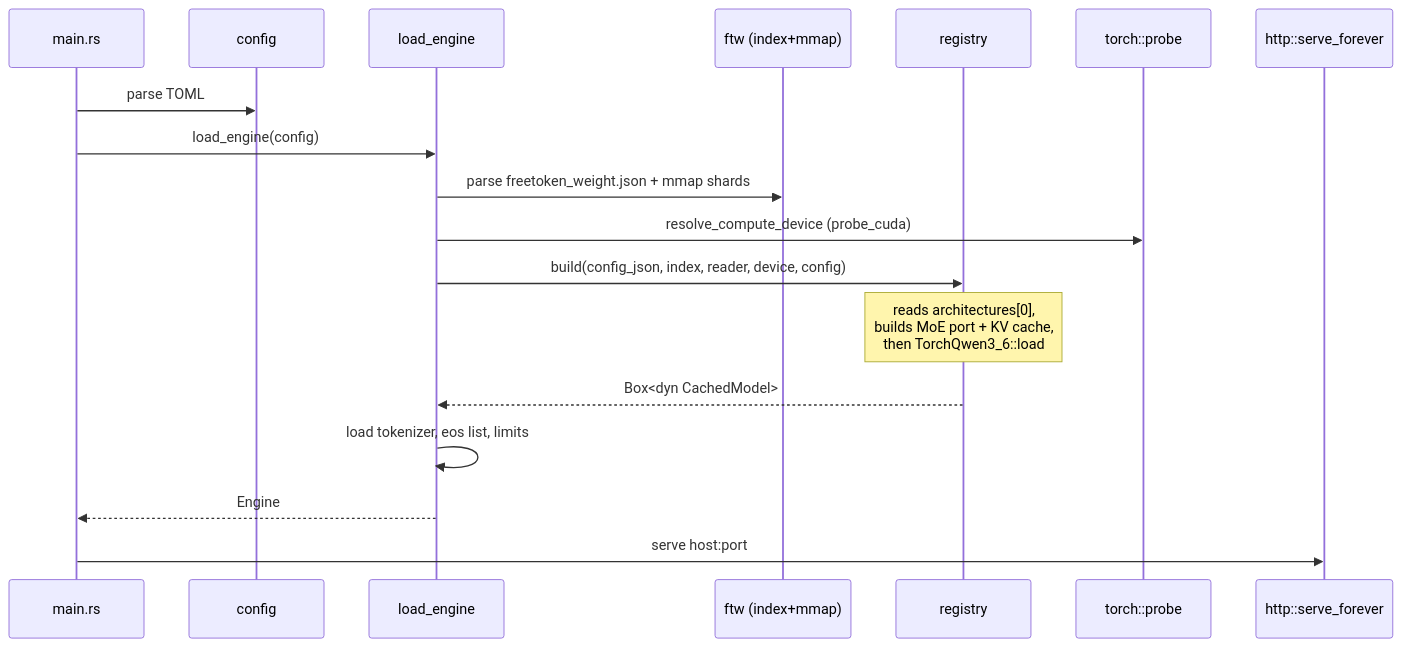
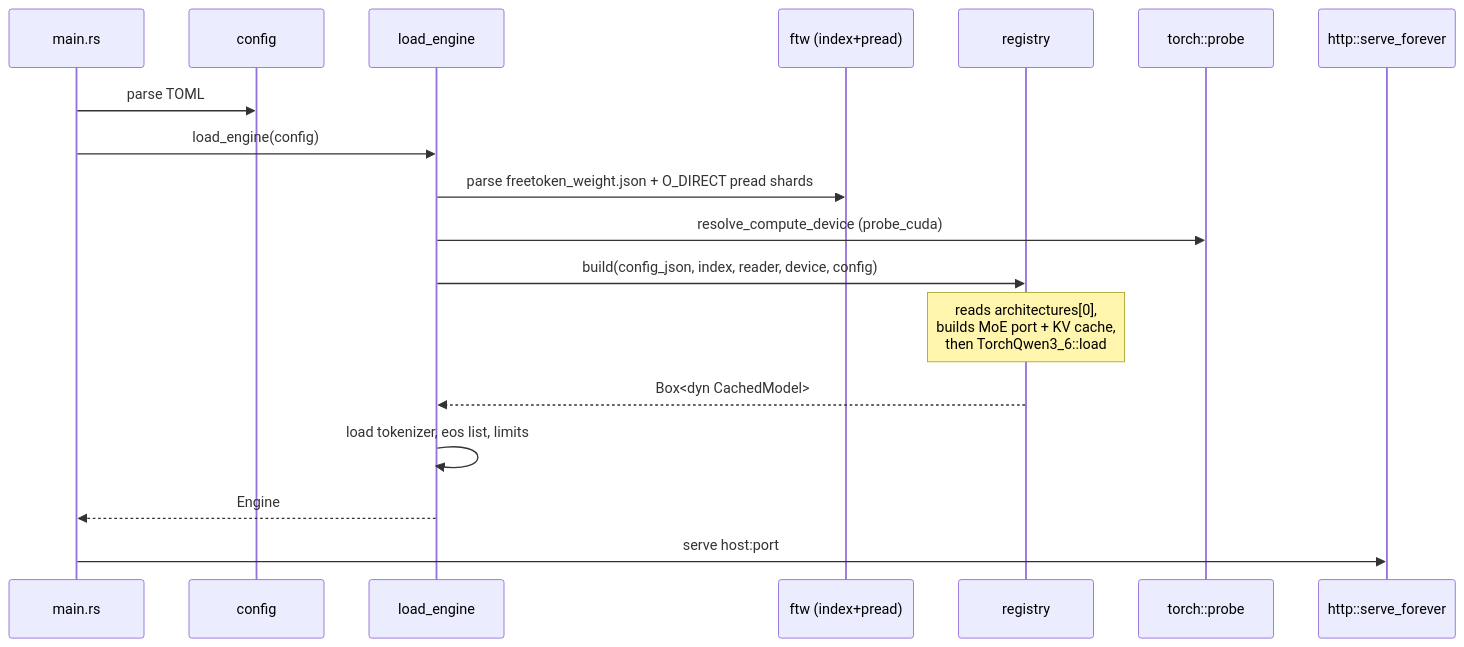
The fourth of 17 diagrams in ARCHITECTURE.md (butzist/ferrum-torrens), drawn with Mermaid before and after one commit. The commit also changed other lines of this file and 15 other files, not shown here.

Commit message:
feat(ftw): read weights with O_DIRECT pread instead of mmap

````diff
--- a/ARCHITECTURE.md
+++ b/ARCHITECTURE.md
@@ -235,20 +235,20 @@
 ```mermaid
 sequenceDiagram
   participant Main as main.rs
   participant Cfg as config
   participant Eng as load_engine
-  participant FTW as ftw (index+mmap)
+  participant FTW as ftw (index+pread)
   participant Reg as registry
   participant Dev as torch::probe
   participant Http as http::serve_forever
   Main->>Cfg: parse TOML
   Main->>Eng: load_engine(config)
-  Eng->>FTW: parse freetoken_weight.json + mmap shards
+  Eng->>FTW: parse freetoken_weight.json + O_DIRECT pread shards
   Eng->>Dev: resolve_compute_device (probe_cuda)
   Eng->>Reg: build(config_json, index, reader, device, config)
   Note over Reg: reads architectures[0],<br/>builds MoE port + KV cache,<br/>then TorchQwen3_6::load
   Reg-->>Eng: Box<dyn CachedModel>
   Eng->>Eng: load tokenizer, eos list, limits
   Eng-->>Main: Engine
   Main->>Http: serve host:port
 ```
````
